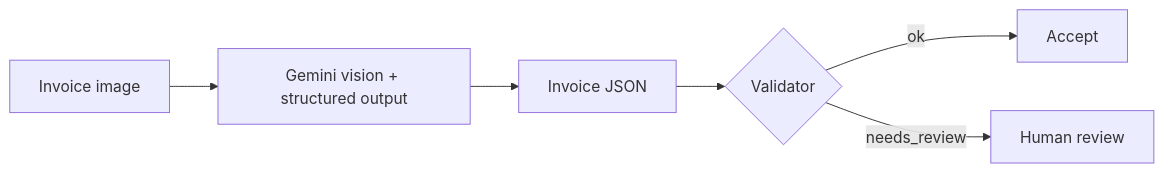
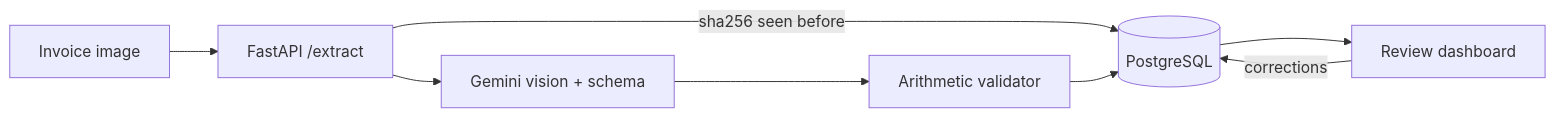
Before and after one commit to Mohammad-Jaafar/invoice-12: the diagram in README.md, drawn with Mermaid. The commit also changed other lines of this file, not shown here.

Commit message:
readme: live demo, architecture, deployment

````diff
--- a/README.md
+++ b/README.md
@@ -43,8 +48,10 @@
 ```mermaid
 flowchart LR
-  A[Invoice image] --> B[Gemini vision + structured output]
-  B --> C[Invoice JSON]
-  C --> D{Validator}
-  D -->|ok| E[Accept]
-  D -->|needs_review| F[Human review]
+  A[Invoice image] --> B[FastAPI /extract]
+  B -->|sha256 seen before| D[(PostgreSQL)]
+  B --> C[Gemini vision + schema]
+  C --> V[Arithmetic validator]
+  V --> D
+  D --> R[Review dashboard]
+  R -->|corrections| D
 ```
````
